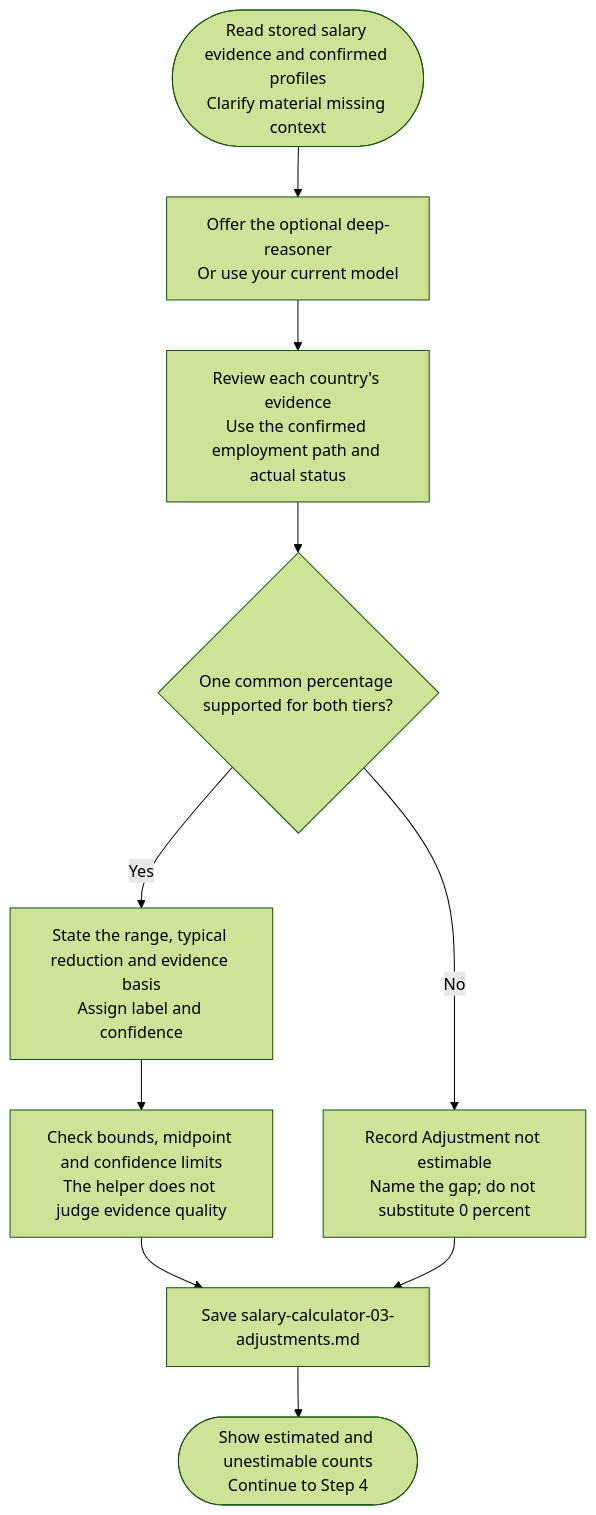
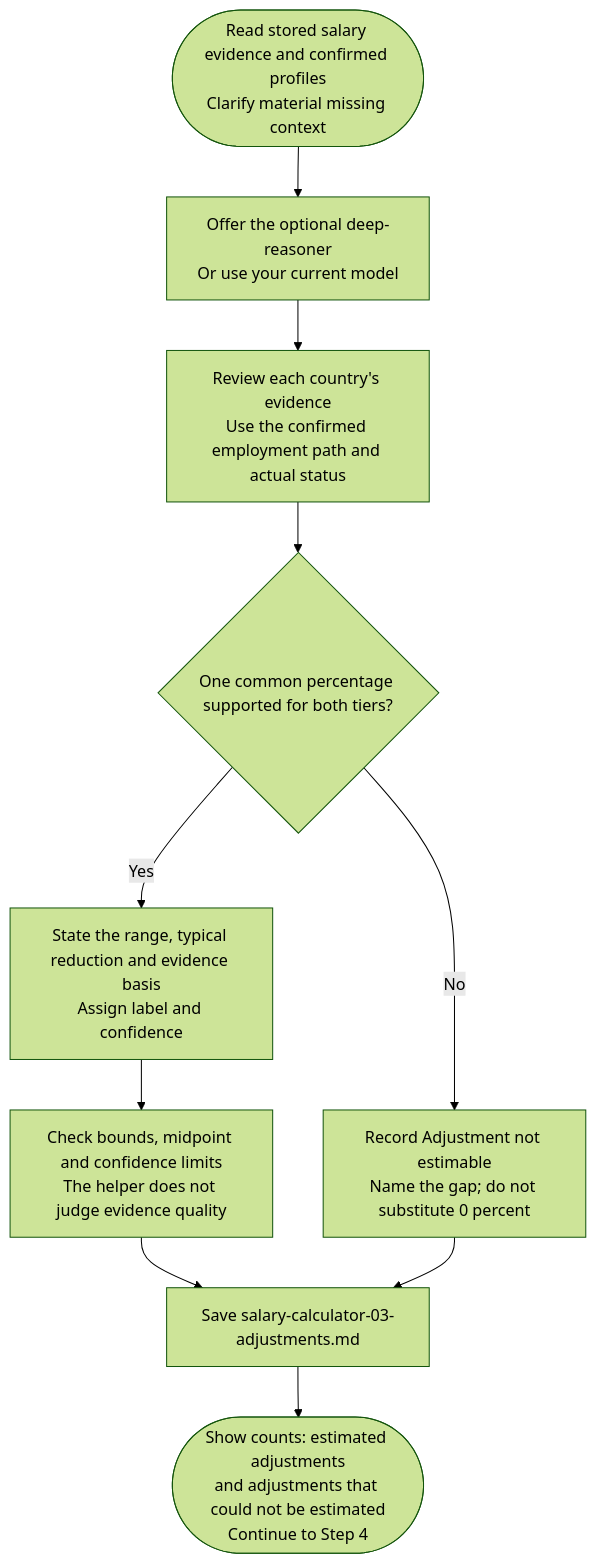
One commit to myowinthein/agent-compass changed the diagram in docs/commands/salary-calculator/step3-international-adjustment/detailed.md. Above: the diagram before and after it, drawn with Mermaid (forest theme). The commit also changed other lines of this file and 5 other files, not shown here.

````diff
--- a/docs/commands/salary-calculator/step3-international-adjustment/detailed.md
+++ b/docs/commands/salary-calculator/step3-international-adjustment/detailed.md
@@ -23,12 +23,12 @@
 ```mermaid
 flowchart TD
   Start(["Read stored salary evidence and confirmed profiles<br/>Clarify material missing context"]) --> Model["Offer the optional deep-reasoner<br/>Or use your current model"]
   Model --> Review["Review each country's evidence<br/>Use the confirmed employment path and actual status"]
   Review --> Basis{"One common percentage supported for both tiers?"}
   Basis -->|Yes| Estimate["State the range, typical reduction and evidence basis<br/>Assign label and confidence"]
   Estimate --> Check["Check bounds, midpoint and confidence limits<br/>The helper does not judge evidence quality"]
   Basis -->|No| Unknown["Record Adjustment not estimable<br/>Name the gap; do not substitute 0 percent"]
   Check --> Save["Save salary-calculator-03-adjustments.md"]
   Unknown --> Save
-  Save --> Next(["Show estimated and unestimable counts<br/>Continue to Step 4"])
+  Save --> Next(["Show counts: estimated adjustments<br/>and adjustments that could not be estimated<br/>Continue to Step 4"])
 ```
````
